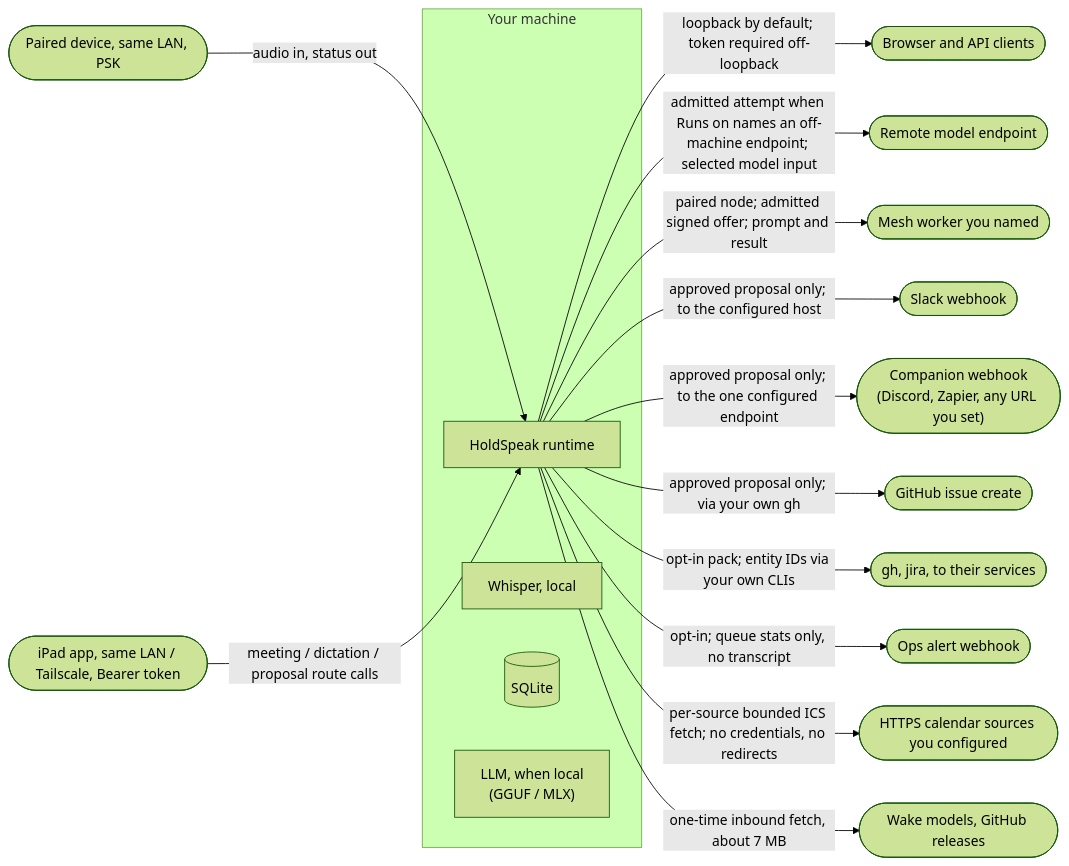
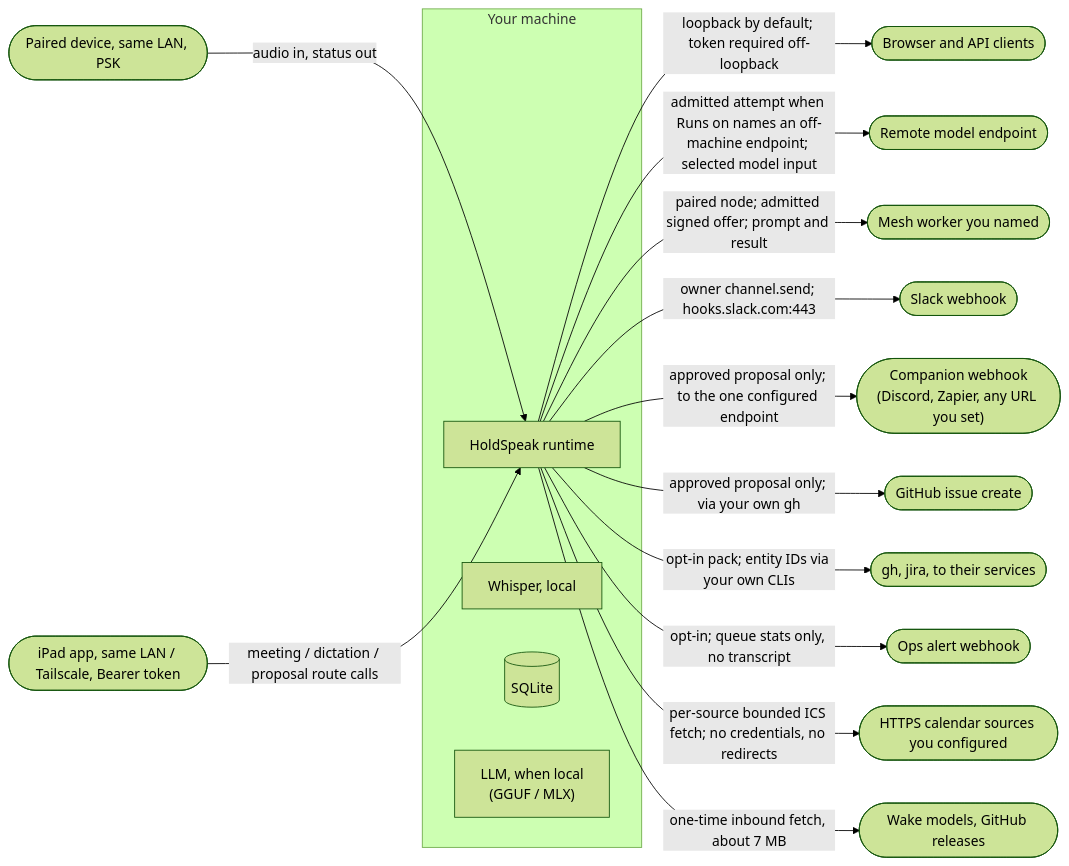
Before and after one commit to karolswdev/HoldSpeak: diagram 16 of 16 in docs/ARCHITECTURE.md, drawn with Mermaid (forest theme). The commit also changed other lines of this file and 106 other files, not shown here.

````diff
--- a/docs/ARCHITECTURE.md
+++ b/docs/ARCHITECTURE.md
@@ -1237,21 +1238,21 @@
 ```mermaid
 flowchart LR
   subgraph machine["Your machine"]
     RT["HoldSpeak runtime"]
     WH["Whisper, local"]
     DB[("SQLite")]
     LL["LLM, when local<br/>(GGUF / MLX)"]
   end
   RT -->|"loopback by default; token required off-loopback"| WEB(["Browser and API clients"])
   RT -->|"admitted attempt when Runs on names an off-machine endpoint; selected model input"| CLOUD(["Remote model endpoint"])
   RT -->|"paired node; admitted signed offer; prompt and result"| NODE(["Mesh worker you named"])
-  RT -->|"approved proposal only; to the configured host"| SK(["Slack webhook"])
+  RT -->|"owner channel.send; hooks.slack.com:443"| SK(["Slack webhook"])
   RT -->|"approved proposal only; to the one configured endpoint"| WHK(["Companion webhook<br/>(Discord, Zapier, any URL you set)"])
   RT -->|"approved proposal only; via your own gh"| GH(["GitHub issue create"])
   RT -->|"opt-in pack; entity IDs via your own CLIs"| CLI(["gh, jira, to their services"])
   RT -->|"opt-in; queue stats only, no transcript"| OPS(["Ops alert webhook"])
   RT -->|"per-source bounded ICS fetch; no credentials, no redirects"| ICS(["HTTPS calendar sources you configured"])
   RT -->|"one-time inbound fetch, about 7 MB"| WM(["Wake models, GitHub releases"])
   DEVCE(["Paired device, same LAN, PSK"]) -->|"audio in, status out"| RT
   IPAD(["iPad app, same LAN / Tailscale, Bearer token"]) -->|"meeting / dictation / proposal route calls"| RT
 ```
````
